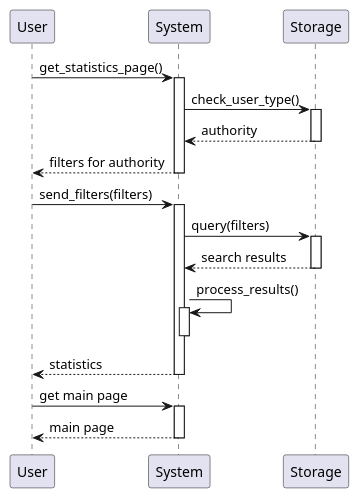
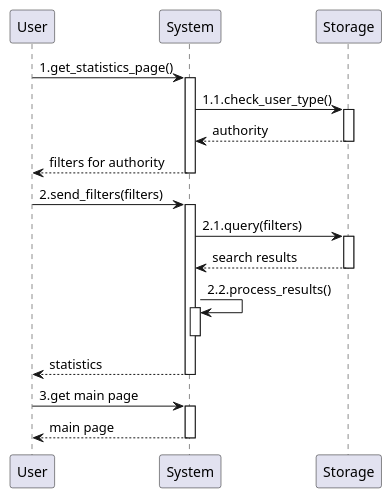
One commit to GiorgioUghini/SafeStreets changed the third of 3 diagrams in RASD/materials/uml/useCases/reports.wsd. Above: the diagram before and after it, drawn with PlantUML. The commit also changed other lines of this file and 7 other files, not shown here.

Commit message:
Add numbers to sequence diagrams

```diff
--- a/RASD/materials/uml/useCases/reports.wsd
+++ b/RASD/materials/uml/useCases/reports.wsd
@@ -41,20 +41,20 @@
 @startuml information_mining_by_officers
     participant User as U
     participant System as S
     participant Storage as ST
 
     autoactivate on
 
-    U -> S: get_statistics_page()
-    S -> ST: check_user_type()
+    U -> S: 1.get_statistics_page()
+    S -> ST: 1.1.check_user_type()
     return authority
     return filters for authority
-    U -> S: send_filters(filters)
-    S -> ST: query(filters)
+    U -> S: 2.send_filters(filters)
+    S -> ST: 2.1.query(filters)
     return search results
-    S -> S: process_results()
+    S -> S: 2.2.process_results()
     deactivate S
     return statistics
-    U -> S: get main page
+    U -> S: 3.get main page
     return main page
 @enduml
```
